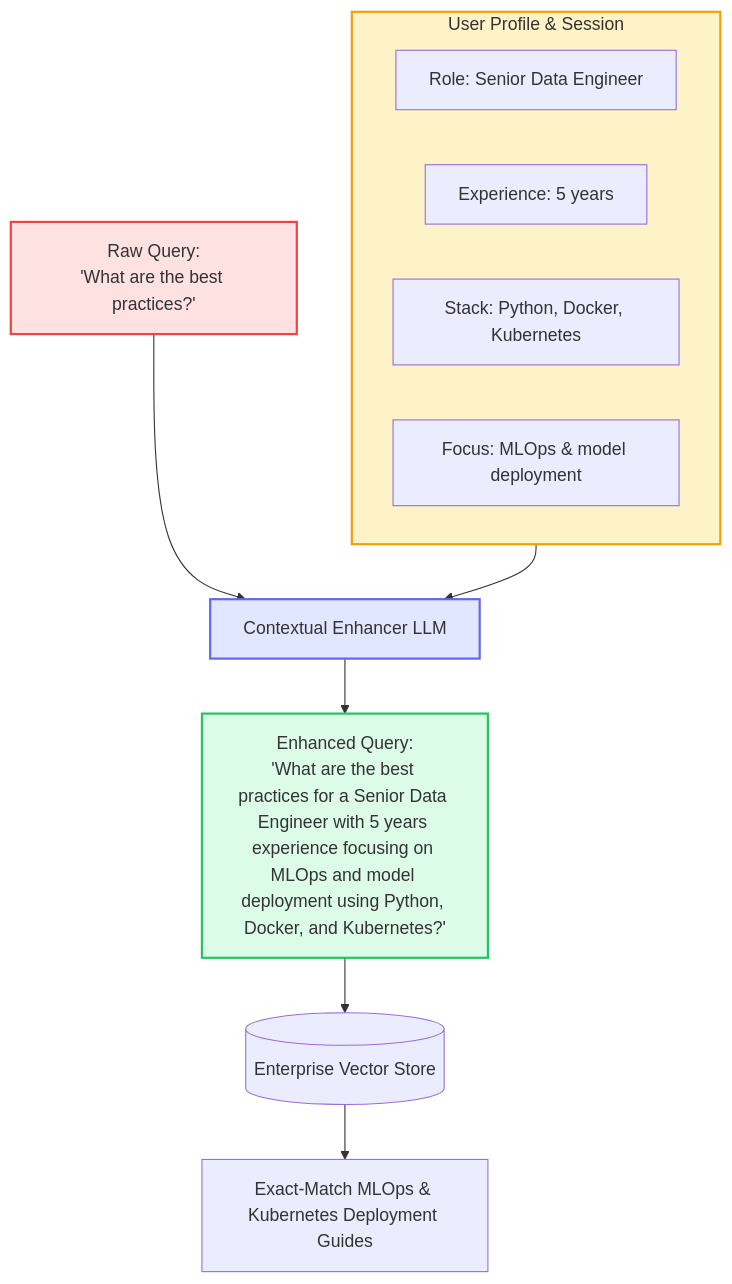
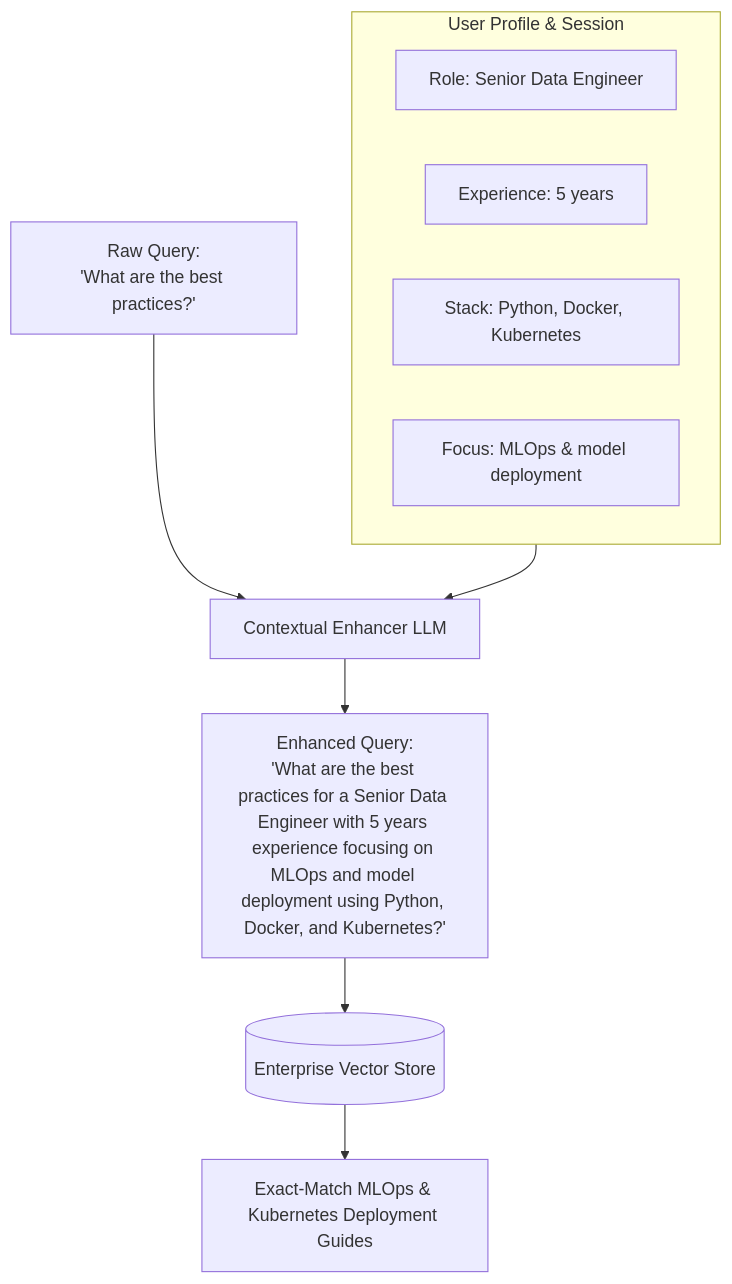
Before and after one commit to d-hackmt/query-transformations: the diagram in docs/07_contextual_query_enhancement.md, drawn with Mermaid. The commit also changed 9 other files, not shown here.

Commit message:
style: remove hardcoded colors from all mermaid diagrams for clean native theme rendering

````diff
--- a/docs/07_contextual_query_enhancement.md
+++ b/docs/07_contextual_query_enhancement.md
@@ -29,23 +29,19 @@
 ```mermaid
 flowchart TD
     UserQ["Raw Query:<br/>'What are the best practices?'"] --> Enhancer["Contextual Enhancer LLM"]
     
     subgraph Profile ["User Profile & Session"]
         Role["Role: Senior Data Engineer"]
         Exp["Experience: 5 years"]
         Stack["Stack: Python, Docker, Kubernetes"]
         Area["Focus: MLOps & model deployment"]
     end
     
     Profile --> Enhancer
     
     Enhancer --> EnhancedQ["Enhanced Query:<br/>'What are the best practices for a Senior Data Engineer with 5 years experience focusing on MLOps and model deployment using Python, Docker, and Kubernetes?'"]
     
     EnhancedQ --> VDB[("Enterprise Vector Store")]
     VDB --> TargetedDocs["Exact-Match MLOps & Kubernetes Deployment Guides"]
     
-    style UserQ fill:#fee2e2,stroke:#ef4444,stroke-width:2px
-    style Profile fill:#fef3c7,stroke:#f59e0b,stroke-width:2px
-    style Enhancer fill:#e0e7ff,stroke:#6366f1,stroke-width:2px
-    style EnhancedQ fill:#dcfce7,stroke:#22c55e,stroke-width:2px
 ```
````
